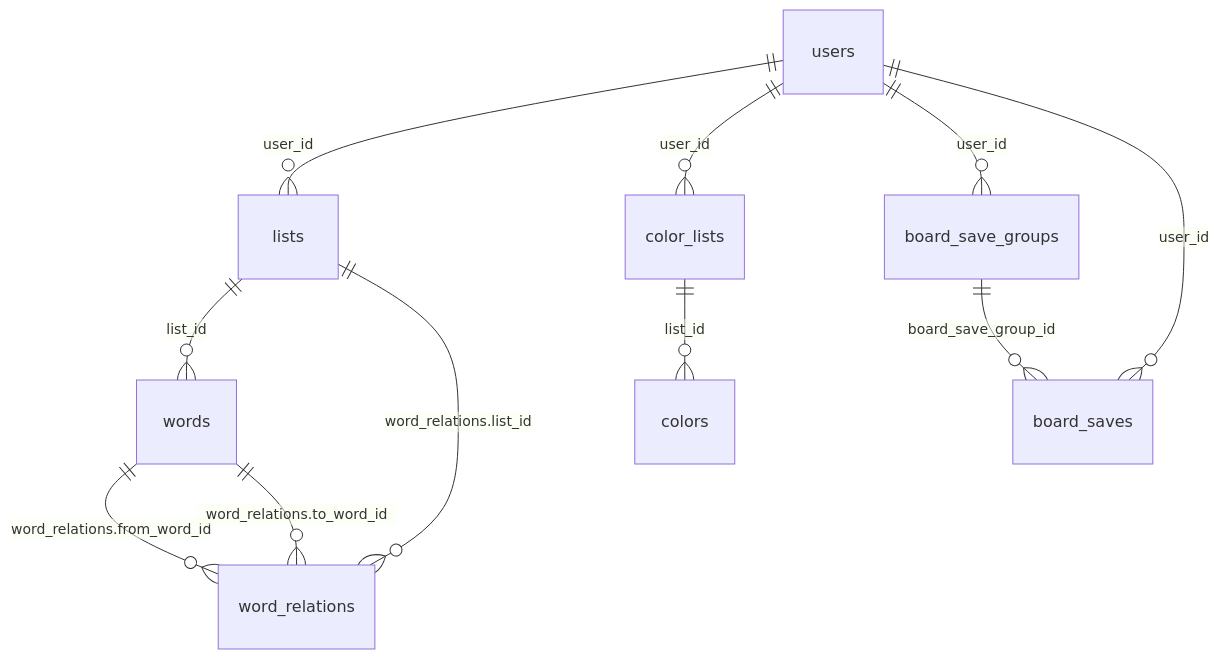
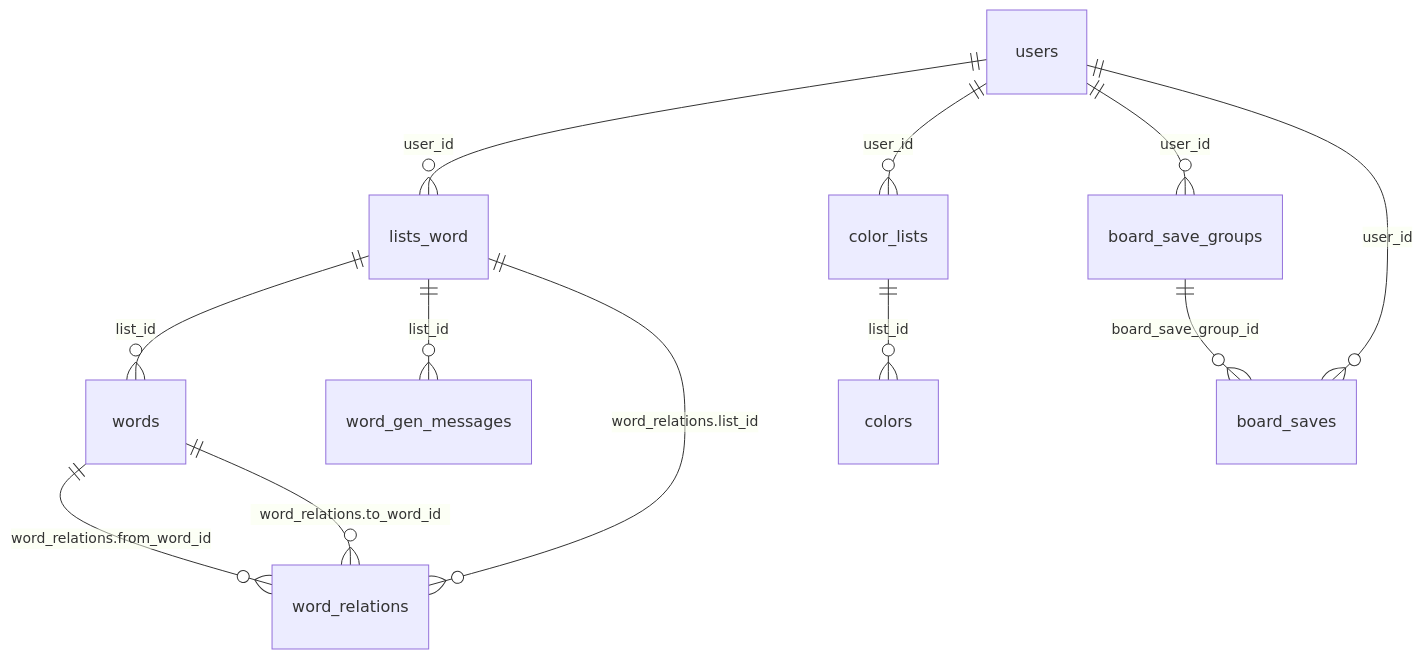
One commit to f4mqfm/cellauto_api changed the second of 6 diagrams in docs/database-uml.md. Above: the diagram before and after it, drawn with Mermaid. The commit also changed other lines of this file and 23 other files, not shown here.

````diff
--- a/docs/database-uml.md
+++ b/docs/database-uml.md
@@ -106,13 +116,14 @@
 ```mermaid
 erDiagram
-    users ||--o{ lists : "user_id"
-    lists ||--o{ words : "list_id"
-    lists ||--o{ word_relations : "word_relations.list_id"
+    users ||--o{ lists_word : "user_id"
+    lists_word ||--o{ words : "list_id"
+    lists_word ||--o{ word_gen_messages : "list_id"
+    lists_word ||--o{ word_relations : "word_relations.list_id"
     words ||--o{ word_relations : "word_relations.from_word_id"
     words ||--o{ word_relations : "word_relations.to_word_id"
     users ||--o{ color_lists : "user_id"
     color_lists ||--o{ colors : "list_id"
     users ||--o{ board_save_groups : "user_id"
     board_save_groups ||--o{ board_saves : "board_save_group_id"
     users ||--o{ board_saves : "user_id"
 ```
````
